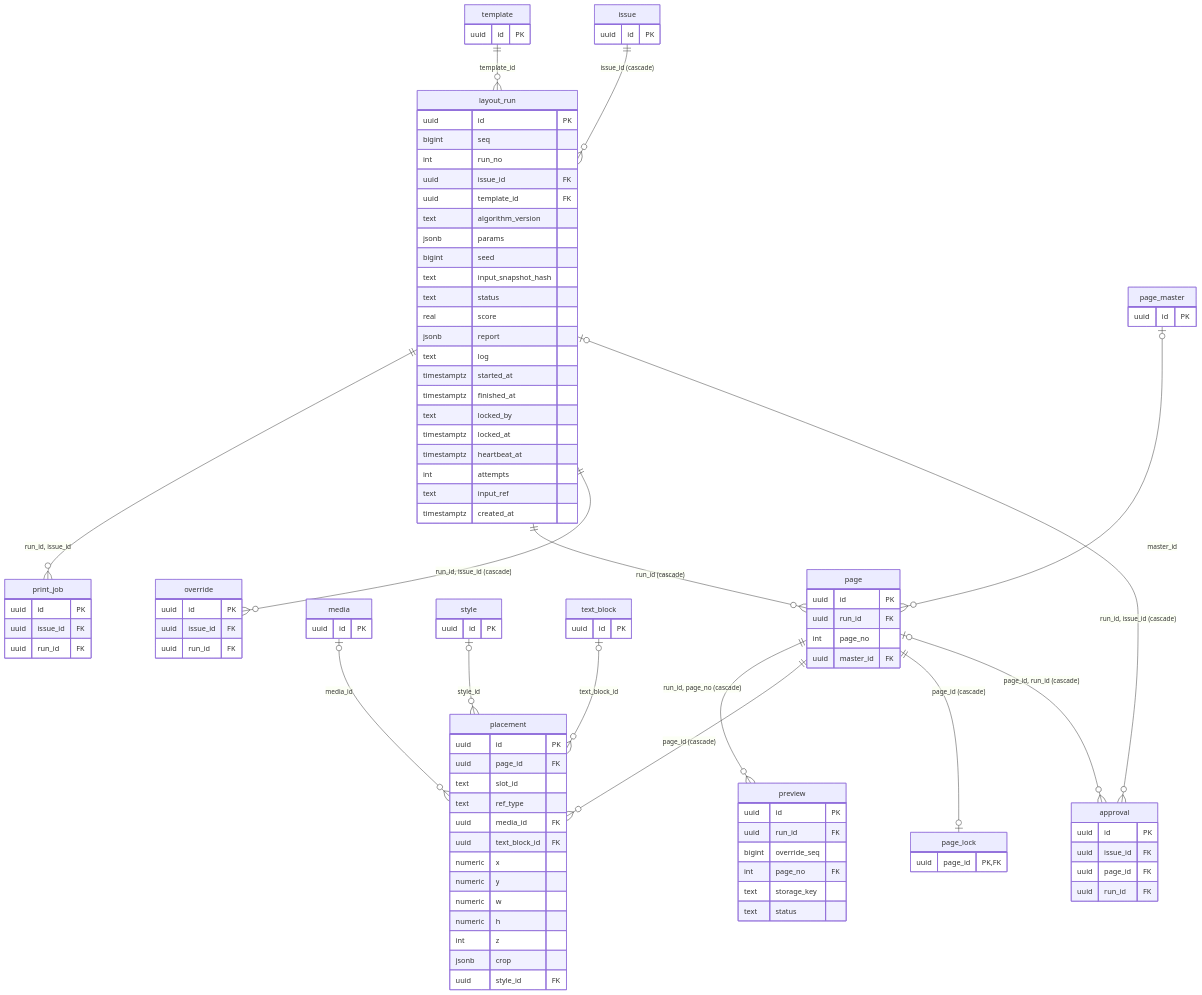
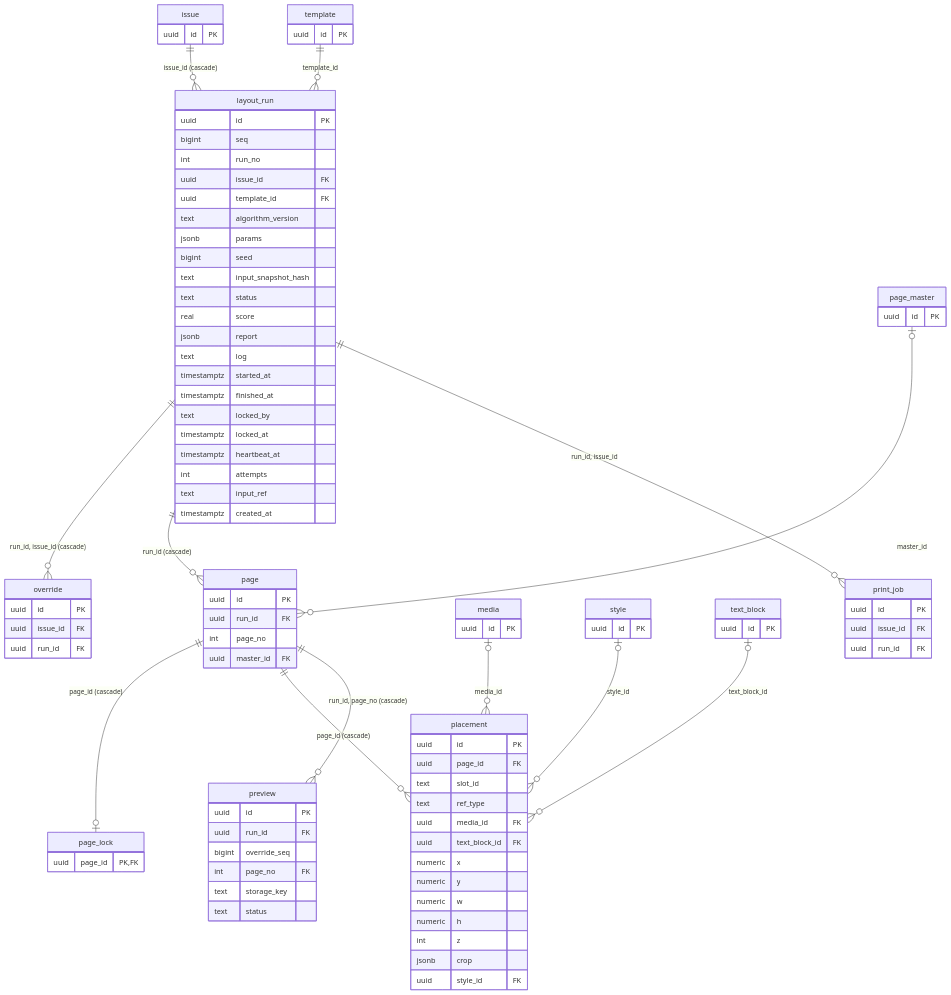
Before and after one commit to js1211-code/bogomagazine: the eighth of 11 diagrams in docs/erd.md, drawn with Mermaid. The commit also changed other lines of this file and 27 other files, not shown here.

````diff
--- a/docs/erd.md
+++ b/docs/erd.md
@@ -509,7 +677,5 @@
 ```mermaid
 erDiagram
-    "page" |o--o{ "approval" : "page_id, run_id (cascade)"
-    "layout_run" |o--o{ "approval" : "run_id, issue_id (cascade)"
     "issue" ||--o{ "layout_run" : "issue_id (cascade)"
     "template" ||--o{ "layout_run" : "template_id"
     "layout_run" ||--o{ "override" : "run_id, issue_id (cascade)"
@@ -574,12 +740,6 @@
         text storage_key
         text status
     }
-    "approval" {
-        uuid id PK
-        uuid issue_id FK
-        uuid page_id FK
-        uuid run_id FK
-    }
     "issue" {
         uuid id PK
     }
````
